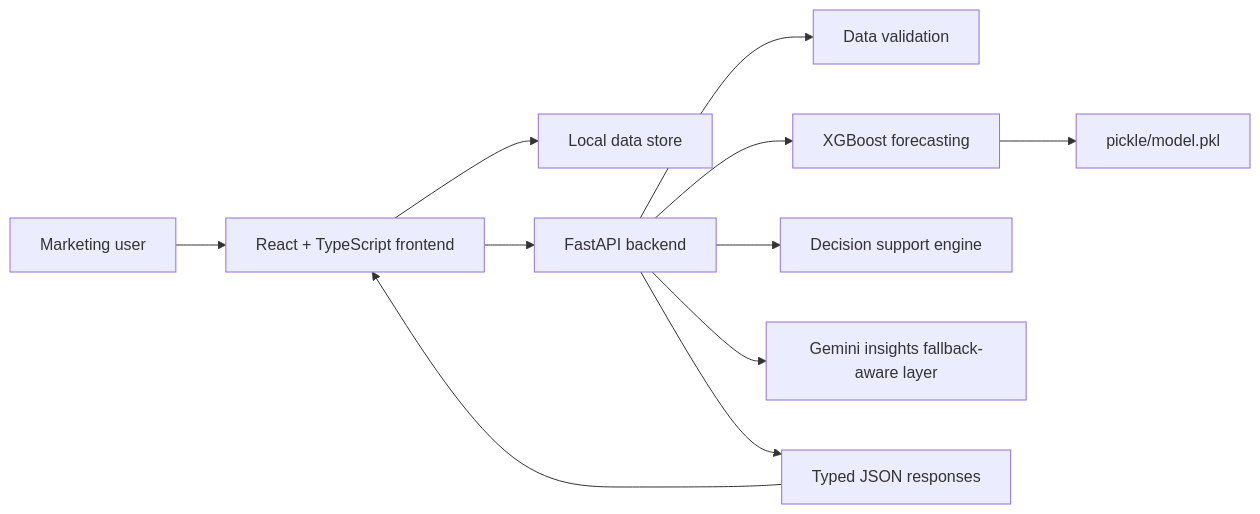
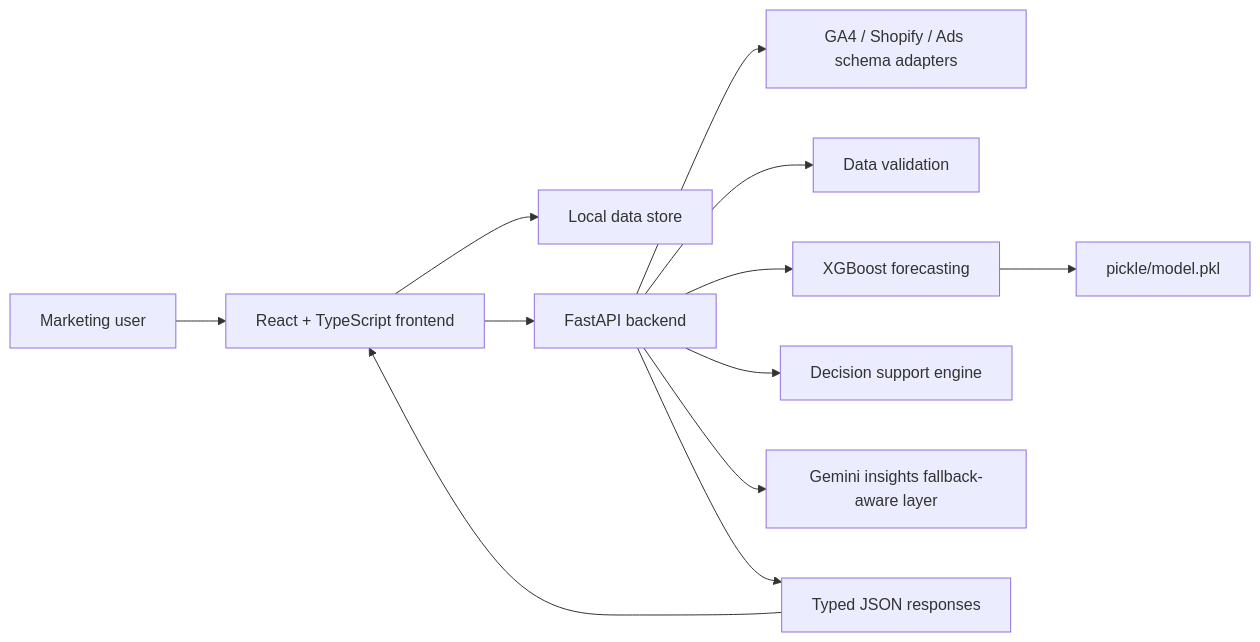
The first of 2 diagrams in ARCHITECTURE.md (VINAY-KUMAR-PY/ignite-forecast-iq), drawn with Mermaid before and after one commit. The commit also changed other lines of this file and 12 other files, not shown here.

````diff
--- a/ARCHITECTURE.md
+++ b/ARCHITECTURE.md
@@ -7,13 +7,14 @@
 ```mermaid
 flowchart LR
   User["Marketing user"] --> UI["React + TypeScript frontend"]
   UI --> Store["Local data store"]
   UI --> API["FastAPI backend"]
+  API --> Adapters["GA4 / Shopify / Ads schema adapters"]
   API --> Validation["Data validation"]
   API --> Forecasting["XGBoost forecasting"]
   API --> Decision["Decision support engine"]
   API --> Gemini["Gemini insights fallback-aware layer"]
   Forecasting --> Model["pickle/model.pkl"]
   API --> Response["Typed JSON responses"]
   Response --> UI
 ```
````
